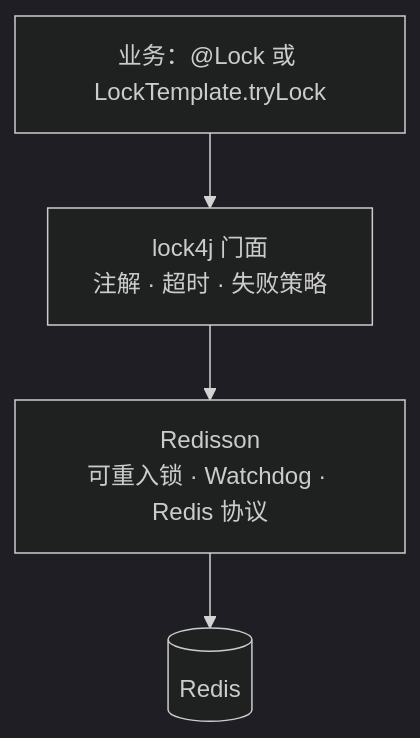
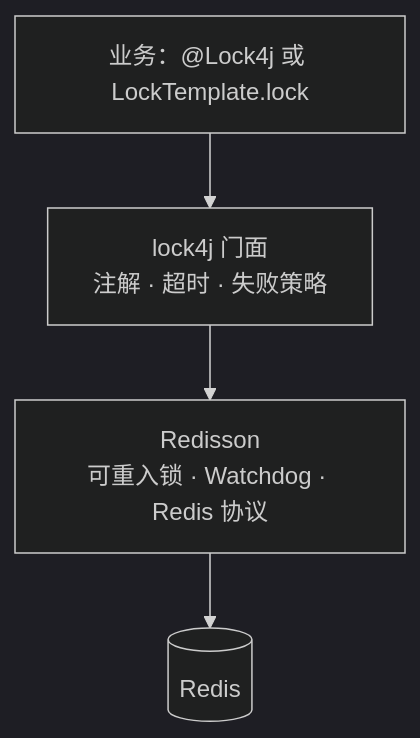
The third of 6 diagrams in demo2/docs/superpowers/specs/2026-08-05-lock4j-redisson-design.md (jasonsoso/spring-ai-demo), drawn with Mermaid (dark theme) before and after one commit. The commit also changed other lines of this file and 1 other file, not shown here.

Commit message:
docs(demo2): add lock4j-redisson implementation plan

````diff
--- a/demo2/docs/superpowers/specs/2026-08-05-lock4j-redisson-design.md
+++ b/demo2/docs/superpowers/specs/2026-08-05-lock4j-redisson-design.md
@@ -123,9 +123,9 @@
 ```mermaid
 flowchart TB
-  APP["业务：@Lock 或 LockTemplate.tryLock"]
+  APP["业务：@Lock4j 或 LockTemplate.lock"]
   L4J["lock4j 门面<br/>注解 · 超时 · 失败策略"]
   RS["Redisson<br/>可重入锁 · Watchdog · Redis 协议"]
   RD[("Redis")]
 
   APP --> L4J --> RS --> RD
 ```
````
